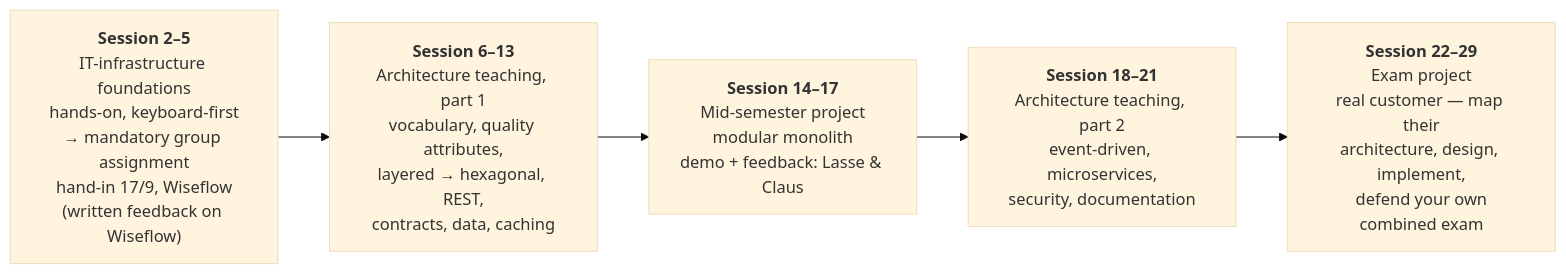
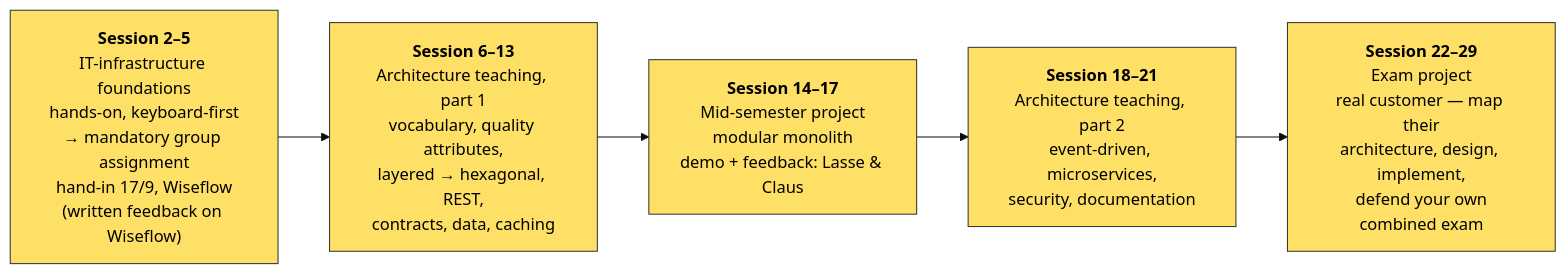
One commit to Ek-Ita-Swa-Iti/EK_ITA_SWA_2026_fall changed the diagram in 01._intro_3rd_semester/README.md. Above: the diagram before and after it, drawn with Mermaid (base theme).

Commit message:
Session 1 Part 2: set diagram node background to yellow

````diff
--- a/01._intro_3rd_semester/README.md
+++ b/01._intro_3rd_semester/README.md
@@ -23,9 +23,11 @@
 ```mermaid
 flowchart LR
     A["<b>Session 2–5</b><br/>IT-infrastructure foundations<br/>hands-on, keyboard-first<br/>→ mandatory group assignment<br/>hand-in 17/9, Wiseflow<br/>(written feedback on Wiseflow)"]
     B["<b>Session 6–13</b><br/>Architecture teaching, part 1<br/>vocabulary, quality attributes,<br/>layered → hexagonal, REST,<br/>contracts, data, caching"]
     C["<b>Session 14–17</b><br/>Mid-semester project<br/>modular monolith<br/>demo + feedback: Lasse & Claus"]
     D["<b>Session 18–21</b><br/>Architecture teaching, part 2<br/>event-driven, microservices,<br/>security, documentation"]
     E["<b>Session 22–29</b><br/>Exam project<br/>real customer — map their<br/>architecture, design, implement,<br/>defend your own<br/>combined exam"]
     A --> B --> C --> D --> E
+    classDef yellowBg fill:#ffe066,stroke:#333,color:#000
+    class A,B,C,D,E yellowBg
 ```
````
